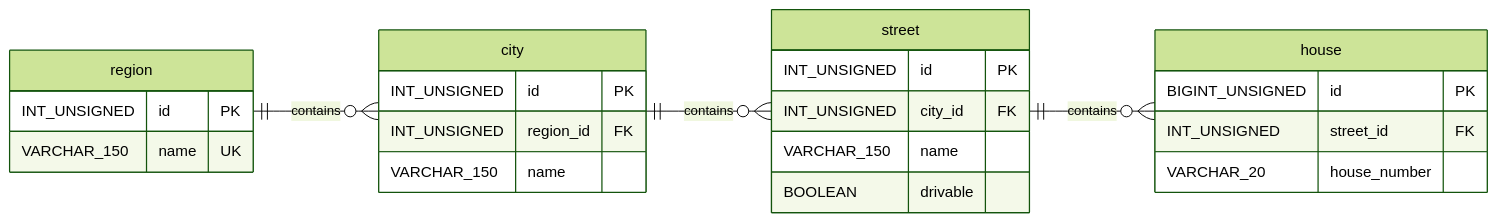
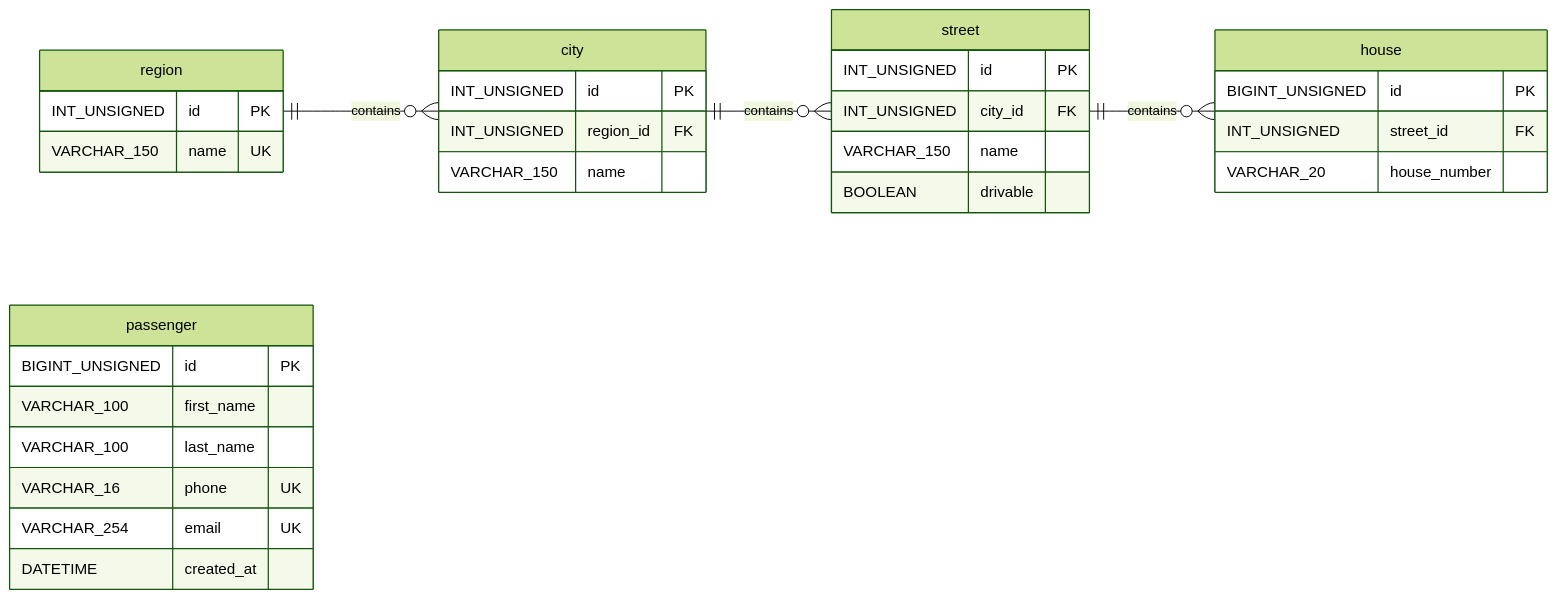
Before and after one commit to Kostaiev/sql-uber: the diagram in README.md, drawn with Mermaid (forest theme). The commit also changed other lines of this file and 3 other files, not shown here.

````diff
--- a/README.md
+++ b/README.md
@@ -18,33 +18,42 @@
 ```mermaid
 
 erDiagram
     direction LR
 
     region ||--o{ city : contains
     city ||--o{ street : contains
     street ||--o{ house : contains
 
     region {
         INT_UNSIGNED id PK
         VARCHAR_150 name UK
     }
 
     city {
         INT_UNSIGNED id PK
         INT_UNSIGNED region_id FK
         VARCHAR_150 name
     }
 
     street {
         INT_UNSIGNED id PK
         INT_UNSIGNED city_id FK
         VARCHAR_150 name
         BOOLEAN drivable
     }
 
     house {
         BIGINT_UNSIGNED id PK
         INT_UNSIGNED street_id FK
         VARCHAR_20 house_number
     }
+
+    passenger {
+        BIGINT_UNSIGNED id PK
+        VARCHAR_100 first_name
+        VARCHAR_100 last_name
+        VARCHAR_16 phone UK
+        VARCHAR_254 email UK
+        DATETIME created_at
+    }
 ```
````
